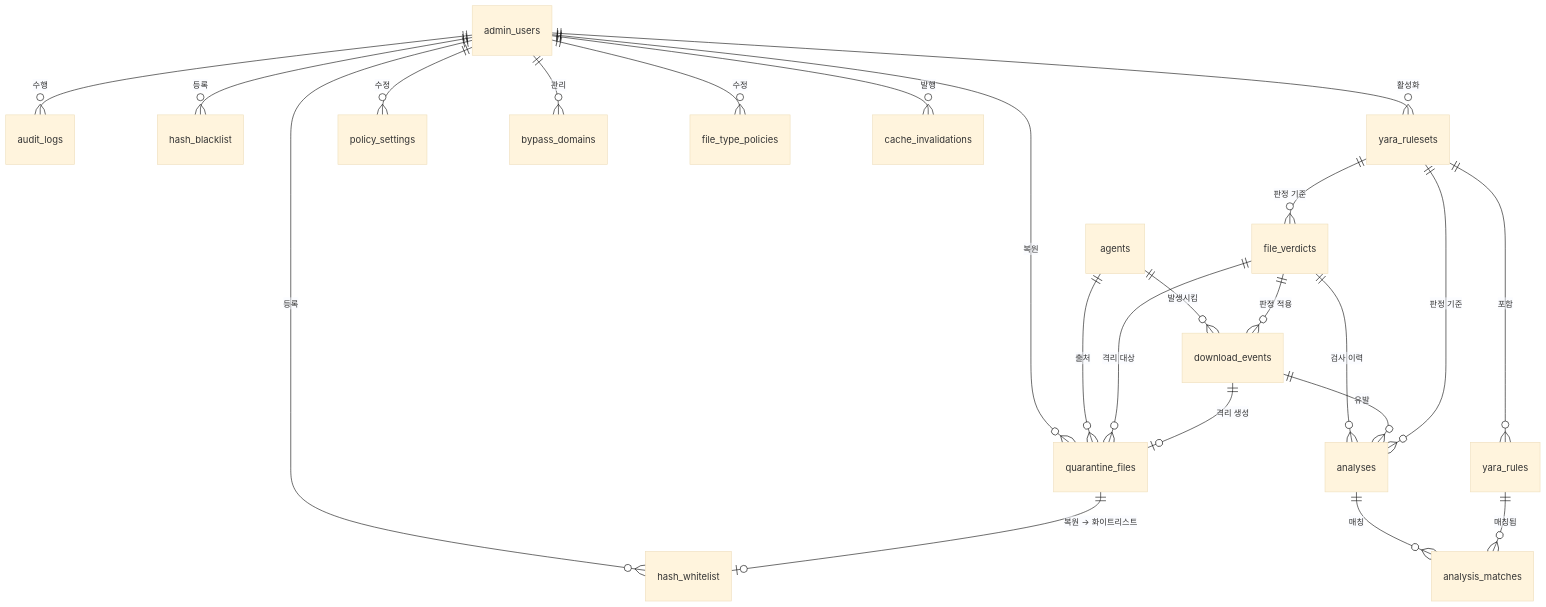
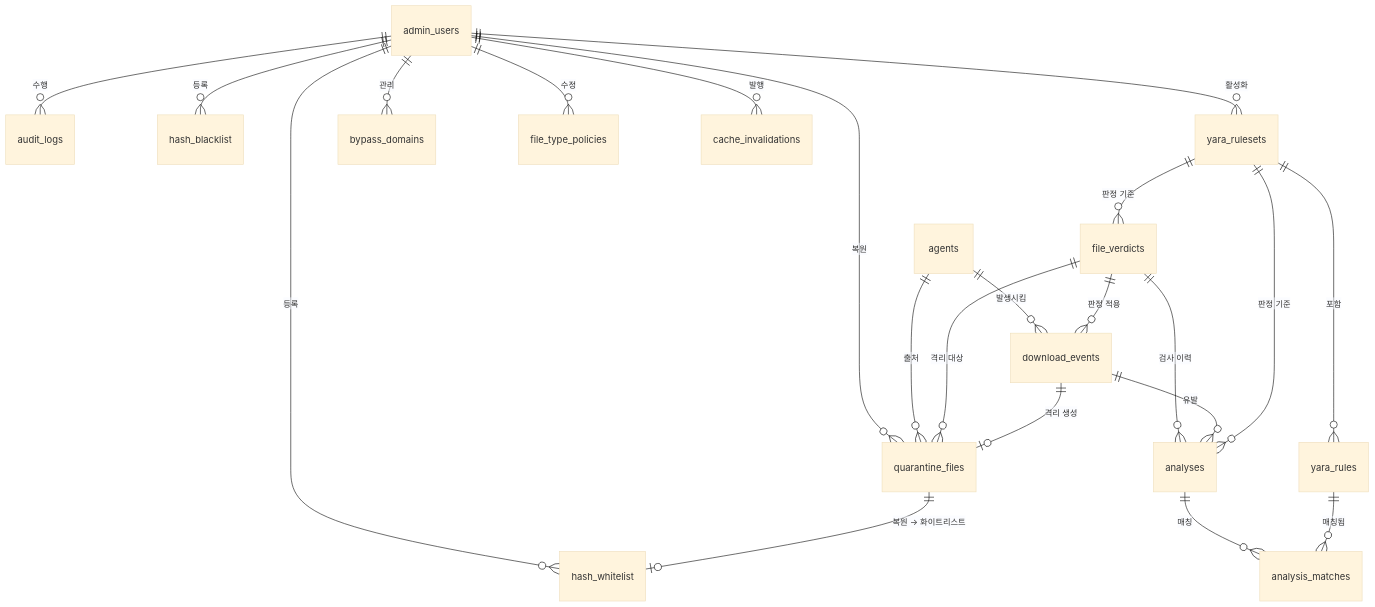
One commit to 2026-Teecher-Team-C/project changed the diagram in docs/superpowers/specs/2026-09-17-erd-review-and-revision.md. Above: the diagram before and after it, drawn with Mermaid (base theme). The commit also changed other lines of this file and 1 other file, not shown here.

First line of the commit message:
Revise schema: 15 tables, natural ruleset key, portable types

````diff
--- a/docs/superpowers/specs/2026-09-17-erd-review-and-revision.md
+++ b/docs/superpowers/specs/2026-09-17-erd-review-and-revision.md
@@ -85,31 +85,30 @@
 ```mermaid
 erDiagram
     admin_users     ||--o{ audit_logs          : "수행"
     admin_users     ||--o{ quarantine_files    : "복원"
     admin_users     ||--o{ hash_whitelist      : "등록"
     admin_users     ||--o{ hash_blacklist      : "등록"
     admin_users     ||--o{ yara_rulesets       : "활성화"
-    admin_users     ||--o{ policy_settings     : "수정"
     admin_users     ||--o{ bypass_domains      : "관리"
     admin_users     ||--o{ file_type_policies  : "수정"
     admin_users     ||--o{ cache_invalidations : "발행"
 
     agents          ||--o{ download_events     : "발생시킴"
     agents          ||--o{ quarantine_files    : "출처"
 
     file_verdicts   ||--o{ download_events     : "판정 적용"
     file_verdicts   ||--o{ analyses            : "검사 이력"
     file_verdicts   ||--o{ quarantine_files    : "격리 대상"
 
     download_events ||--o{ analyses            : "유발"
     download_events ||--o| quarantine_files    : "격리 생성"
 
     yara_rulesets   ||--o{ yara_rules          : "포함"
     yara_rulesets   ||--o{ analyses            : "판정 기준"
     yara_rulesets   ||--o{ file_verdicts       : "판정 기준"
 
     analyses        ||--o{ analysis_matches    : "매칭"
     yara_rules      ||--o{ analysis_matches    : "매칭됨"
 
     quarantine_files ||--o| hash_whitelist     : "복원 → 화이트리스트"
 ```
````
